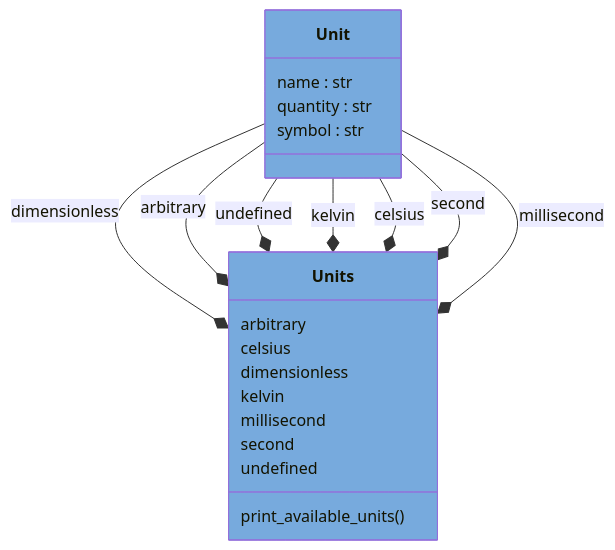
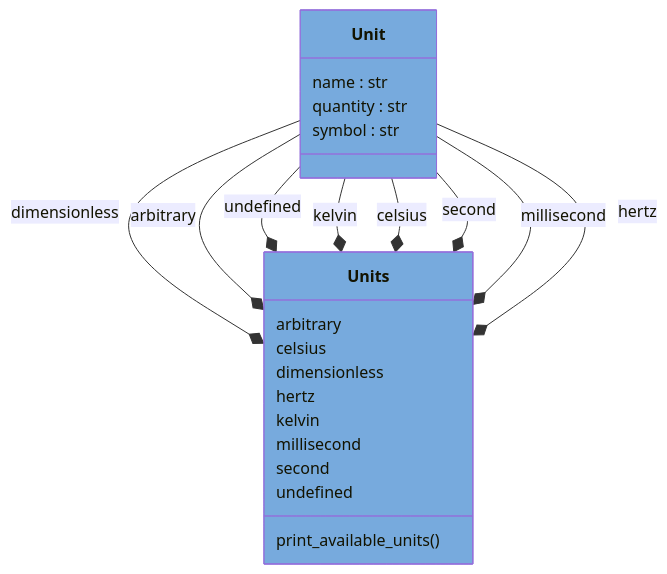
The diagram in docs/pyreverse/mermaid/classes_pythermondt.data.units.mmd (voidsy-gmbh/pyThermoNDT), drawn with Mermaid before and after one commit. The commit also changed 19 other files, not shown here.

```diff
--- a/docs/pyreverse/mermaid/classes_pythermondt.data.units.mmd
+++ b/docs/pyreverse/mermaid/classes_pythermondt.data.units.mmd
@@ -1,25 +1,27 @@
 classDiagram
   class Unit {
     name : str
     quantity : str
     symbol : str
   }
   style Unit fill:#77AADD
   class Units {
     arbitrary
     celsius
     dimensionless
+    hertz
     kelvin
     millisecond
     second
     undefined
     print_available_units()
   }
   style Units fill:#77AADD
   Unit --* Units : dimensionless
   Unit --* Units : arbitrary
   Unit --* Units : undefined
   Unit --* Units : kelvin
   Unit --* Units : celsius
   Unit --* Units : second
   Unit --* Units : millisecond
+  Unit --* Units : hertz
```
